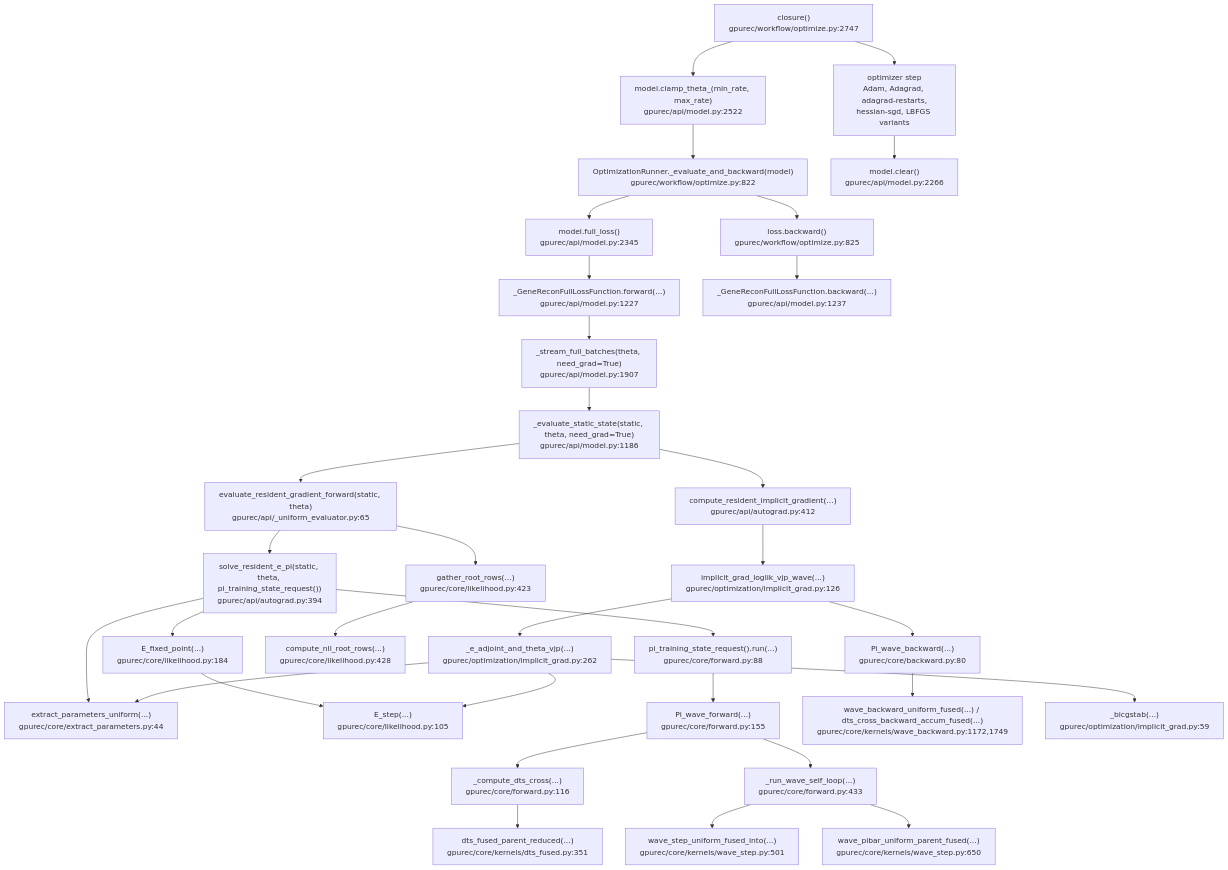
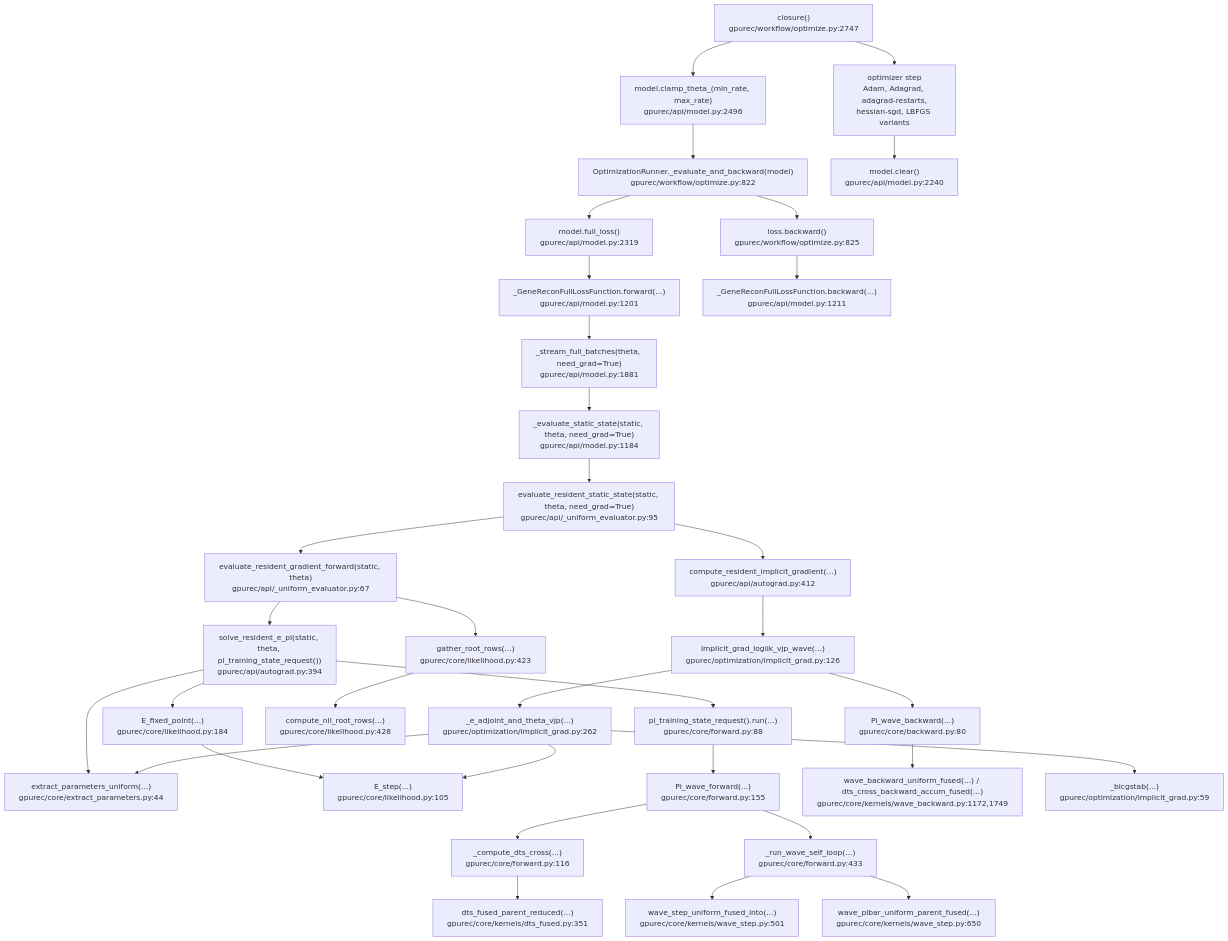
The second of 3 diagrams in docs/optimization-workflow-call-graph.md (SisyphusMountain/gpurec), drawn with Mermaid before and after one commit. The commit also changed 7 other files, not shown here.

Commit message:
Move resident static evaluation into evaluator

````diff
--- a/docs/optimization-workflow-call-graph.md
+++ b/docs/optimization-workflow-call-graph.md
@@ -90,53 +90,54 @@
 ```mermaid
 flowchart TD
   Closure["closure()<br/>gpurec/workflow/optimize.py:2747"]
-  ClampBefore["model.clamp_theta_(min_rate, max_rate)<br/>gpurec/api/model.py:2522"]
+  ClampBefore["model.clamp_theta_(min_rate, max_rate)<br/>gpurec/api/model.py:2496"]
   EvalBackward["OptimizationRunner._evaluate_and_backward(model)<br/>gpurec/workflow/optimize.py:822"]
-  FullLoss["model.full_loss()<br/>gpurec/api/model.py:2345"]
-  FullLossFn["_GeneReconFullLossFunction.forward(...)<br/>gpurec/api/model.py:1227"]
-  Stream["_stream_full_batches(theta, need_grad=True)<br/>gpurec/api/model.py:1907"]
-  EvalStatic["_evaluate_static_state(static, theta, need_grad=True)<br/>gpurec/api/model.py:1186"]
-  ForwardSolve["evaluate_resident_gradient_forward(static, theta)<br/>gpurec/api/_uniform_evaluator.py:65"]
+  FullLoss["model.full_loss()<br/>gpurec/api/model.py:2319"]
+  FullLossFn["_GeneReconFullLossFunction.forward(...)<br/>gpurec/api/model.py:1201"]
+  Stream["_stream_full_batches(theta, need_grad=True)<br/>gpurec/api/model.py:1881"]
+  ModelEval["_evaluate_static_state(static, theta, need_grad=True)<br/>gpurec/api/model.py:1184"]
+  EvalStatic["evaluate_resident_static_state(static, theta, need_grad=True)<br/>gpurec/api/_uniform_evaluator.py:95"]
+  ForwardSolve["evaluate_resident_gradient_forward(static, theta)<br/>gpurec/api/_uniform_evaluator.py:67"]
   SolveEPi["solve_resident_e_pi(static, theta, pi_training_state_request())<br/>gpurec/api/autograd.py:394"]
   Extract["extract_parameters_uniform(...)<br/>gpurec/core/extract_parameters.py:44"]
   EFixed["E_fixed_point(...)<br/>gpurec/core/likelihood.py:184"]
   EStep["E_step(...)<br/>gpurec/core/likelihood.py:105"]
   PiRequest["pi_training_state_request().run(...)<br/>gpurec/core/forward.py:88"]
   PiForward["Pi_wave_forward(...)<br/>gpurec/core/forward.py:155"]
   DTS["_compute_dts_cross(...)<br/>gpurec/core/forward.py:116"]
   DTSKernel["dts_fused_parent_reduced(...)<br/>gpurec/core/kernels/dts_fused.py:351"]
   SelfLoop["_run_wave_self_loop(...)<br/>gpurec/core/forward.py:433"]
   WaveStep["wave_step_uniform_fused_into(...)<br/>gpurec/core/kernels/wave_step.py:501"]
   Pibar["wave_pibar_uniform_parent_fused(...)<br/>gpurec/core/kernels/wave_step.py:650"]
   GatherRoots["gather_root_rows(...)<br/>gpurec/core/likelihood.py:423"]
   NLL["compute_nll_root_rows(...)<br/>gpurec/core/likelihood.py:428"]
 
   Implicit["compute_resident_implicit_gradient(...)<br/>gpurec/api/autograd.py:412"]
   VJP["implicit_grad_loglik_vjp_wave(...)<br/>gpurec/optimization/implicit_grad.py:126"]
   PiBackward["Pi_wave_backward(...)<br/>gpurec/core/backward.py:80"]
   BackwardKernels["wave_backward_uniform_fused(...) / dts_cross_backward_accum_fused(...)<br/>gpurec/core/kernels/wave_backward.py:1172,1749"]
   EAdjoint["_e_adjoint_and_theta_vjp(...)<br/>gpurec/optimization/implicit_grad.py:262"]
   Bicgstab["_bicgstab(...)<br/>gpurec/optimization/implicit_grad.py:59"]
   LossBackward["loss.backward()<br/>gpurec/workflow/optimize.py:825"]
-  FullLossFnBackward["_GeneReconFullLossFunction.backward(...)<br/>gpurec/api/model.py:1237"]
+  FullLossFnBackward["_GeneReconFullLossFunction.backward(...)<br/>gpurec/api/model.py:1211"]
   OptimizerStep["optimizer step<br/>Adam, Adagrad, adagrad-restarts,<br/>hessian-sgd, LBFGS variants"]
-  Clear["model.clear()<br/>gpurec/api/model.py:2266"]
+  Clear["model.clear()<br/>gpurec/api/model.py:2240"]
 
-  Closure --> ClampBefore --> EvalBackward --> FullLoss --> FullLossFn --> Stream --> EvalStatic
+  Closure --> ClampBefore --> EvalBackward --> FullLoss --> FullLossFn --> Stream --> ModelEval --> EvalStatic
   EvalStatic --> ForwardSolve --> SolveEPi
   SolveEPi --> Extract
   SolveEPi --> EFixed --> EStep
   SolveEPi --> PiRequest --> PiForward
   PiForward --> DTS --> DTSKernel
   PiForward --> SelfLoop --> WaveStep
   SelfLoop --> Pibar
   ForwardSolve --> GatherRoots --> NLL
   EvalStatic --> Implicit --> VJP
   VJP --> PiBackward --> BackwardKernels
   VJP --> EAdjoint
   EAdjoint --> Bicgstab
   EAdjoint --> EStep
   EAdjoint --> Extract
   EvalBackward --> LossBackward --> FullLossFnBackward
   Closure --> OptimizerStep --> Clear
 ```
````
